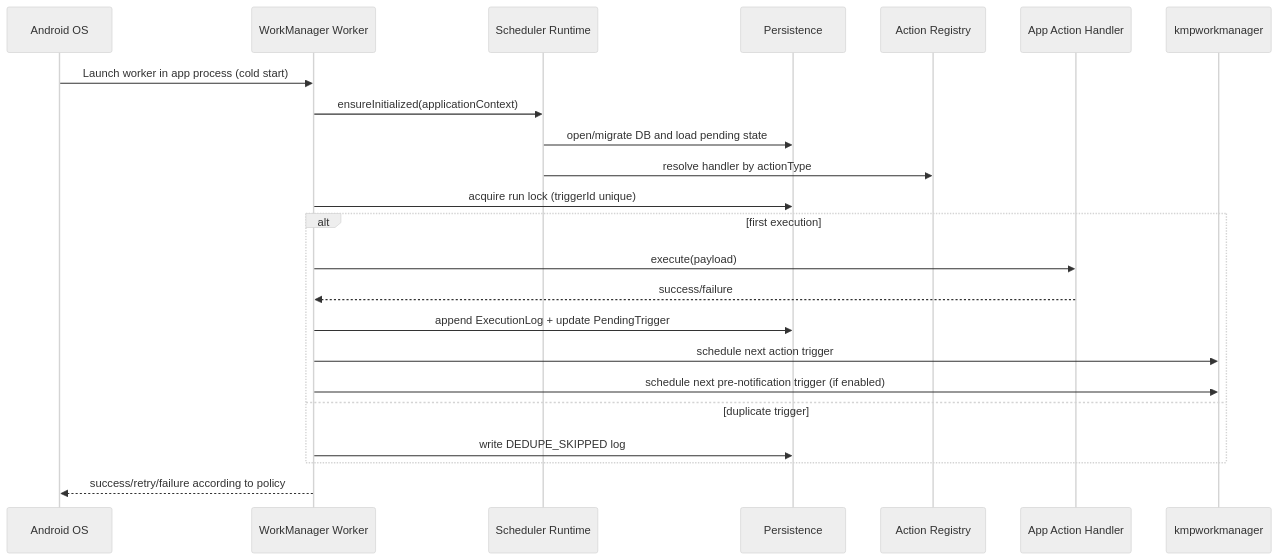
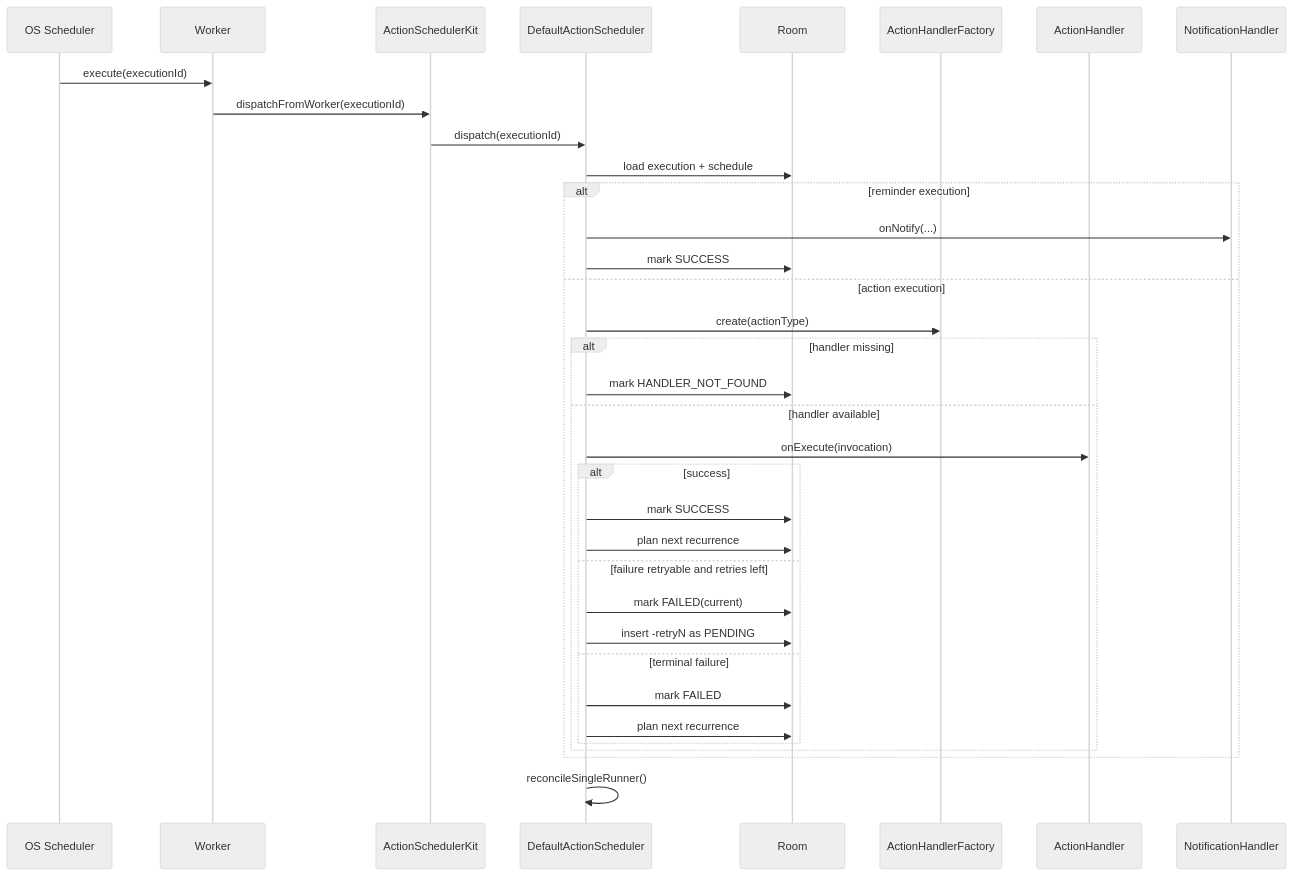
One commit to pv-libs/ActionSchedulerSDK changed the second of 2 diagrams in action_scheduler/docs/hld.md. Above: the diagram before and after it, drawn with Mermaid (neutral theme). The commit also changed other lines of this file and 1 other file, not shown here.

````diff
--- a/action_scheduler/docs/hld.md
+++ b/action_scheduler/docs/hld.md
@@ -145,28 +189,40 @@
 ```mermaid
 sequenceDiagram
-    participant OS as Android OS
-    participant WM as WorkManager Worker
-    participant RT as Scheduler Runtime
-    participant DB as Persistence
-    participant REG as Action Registry
-    participant HANDLER as App Action Handler
-    participant SCHED as kmpworkmanager
+    participant OS as OS Scheduler
+    participant W as Worker
+    participant Kit as ActionSchedulerKit
+    participant S as DefaultActionScheduler
+    participant DB as Room
+    participant F as ActionHandlerFactory
+    participant H as ActionHandler
+    participant N as NotificationHandler
 
-    OS->>WM: Launch worker in app process (cold start)
-    WM->>RT: ensureInitialized(applicationContext)
-    RT->>DB: open/migrate DB and load pending state
-    RT->>REG: resolve handler by actionType
-    WM->>DB: acquire run lock (triggerId unique)
+    OS->>W: execute(executionId)
+    W->>Kit: dispatchFromWorker(executionId)
+    Kit->>S: dispatch(executionId)
+    S->>DB: load execution + schedule
 
-    alt first execution
-        WM->>HANDLER: execute(payload)
-        HANDLER-->>WM: success/failure
-        WM->>DB: append ExecutionLog + update PendingTrigger
-        WM->>SCHED: schedule next action trigger
-        WM->>SCHED: schedule next pre-notification trigger (if enabled)
-    else duplicate trigger
-        WM->>DB: write DEDUPE_SKIPPED log
+    alt reminder execution
+        S->>N: onNotify(...)
+        S->>DB: mark SUCCESS
+    else action execution
+        S->>F: create(actionType)
+        alt handler missing
+            S->>DB: mark HANDLER_NOT_FOUND
+        else handler available
+            S->>H: onExecute(invocation)
+            alt success
+                S->>DB: mark SUCCESS
+                S->>DB: plan next recurrence
+            else failure retryable and retries left
+                S->>DB: mark FAILED(current)
+                S->>DB: insert -retryN as PENDING
+            else terminal failure
+                S->>DB: mark FAILED
+                S->>DB: plan next recurrence
+            end
+        end
     end
 
-    WM-->>OS: success/retry/failure according to policy
+    S->>S: reconcileSingleRunner()
 ```
````
